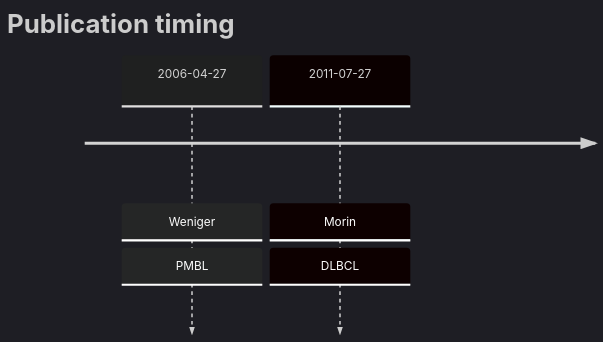
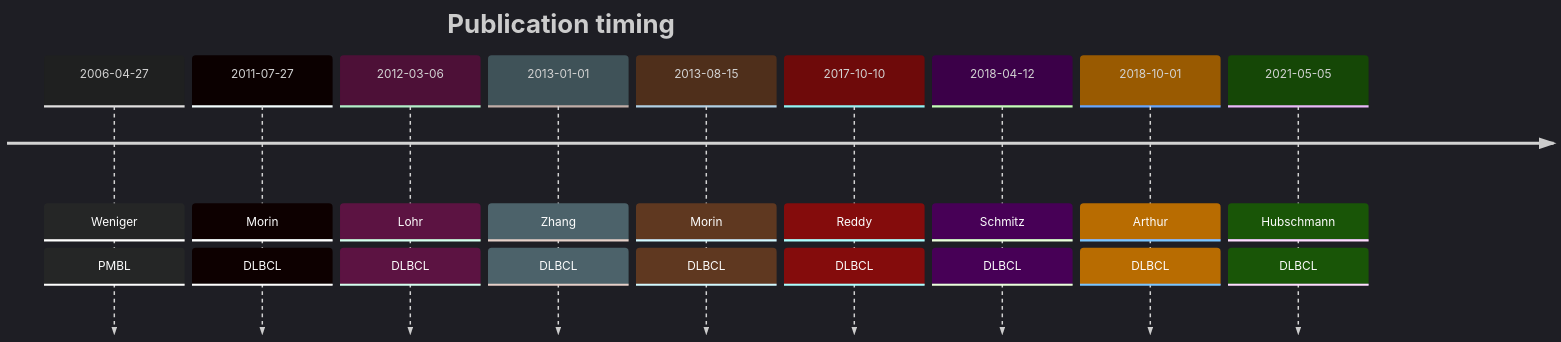
One commit to morinlab/lymphopedia changed the diagram in SOCS1.md. Above: the diagram before and after it, drawn with Mermaid. The commit also changed other lines of this file, not shown here.

Commit message:
update tables

````diff
--- a/SOCS1.md
+++ b/SOCS1.md
@@ -9,7 +9,14 @@
 ```mermaid
 %%{init: { 'logLevel': 'debug', 'theme': 'dark' } }%%
 timeline
     title Publication timing
       2006-04-27 : Weniger : PMBL
-      2011-07-27 : Morin : DLBCL
+2011-07-27 : Morin : DLBCL
+2012-03-06 : Lohr : DLBCL
+2013-01-01 : Zhang : DLBCL
+2013-08-15 : Morin : DLBCL
+2017-10-10 : Reddy : DLBCL
+2018-04-12 : Schmitz : DLBCL
+2018-10-01 : Arthur : DLBCL
+2021-05-05 : Hubschmann : DLBCL
 ```
````
